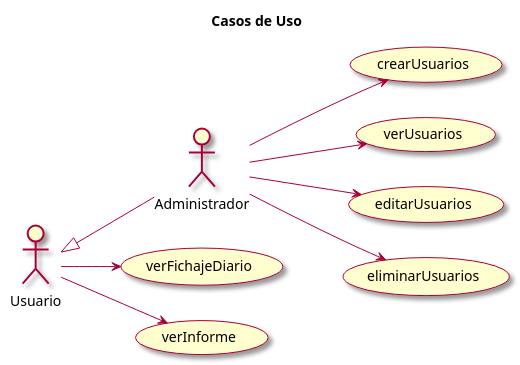
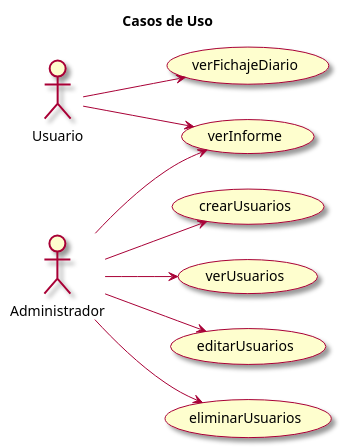
One commit to mmasias/23-24-IdSw1-SDR changed the diagram in modelosUML/casosDeUso/casosDeUso.puml. Above: the diagram before and after it, drawn with PlantUML.

Commit message:
Update casosDeUso.puml
edicion de las relaciones

```diff
--- a/modelosUML/casosDeUso/casosDeUso.puml
+++ b/modelosUML/casosDeUso/casosDeUso.puml
@@ -1,17 +1,18 @@
 @startuml Diagrama de CDU
 
 skin rose
 left to right direction
 title Casos de Uso
 
-Administrador -up-|> Usuario
+
 
 Usuario --> (verFichajeDiario)
 Usuario --> (verInforme)
 
 Administrador --> (crearUsuarios)
 Administrador --> (verUsuarios)
 Administrador --> (editarUsuarios)
 Administrador --> (eliminarUsuarios)
+Administrador --> (verInforme)
 
 @enduml
```
